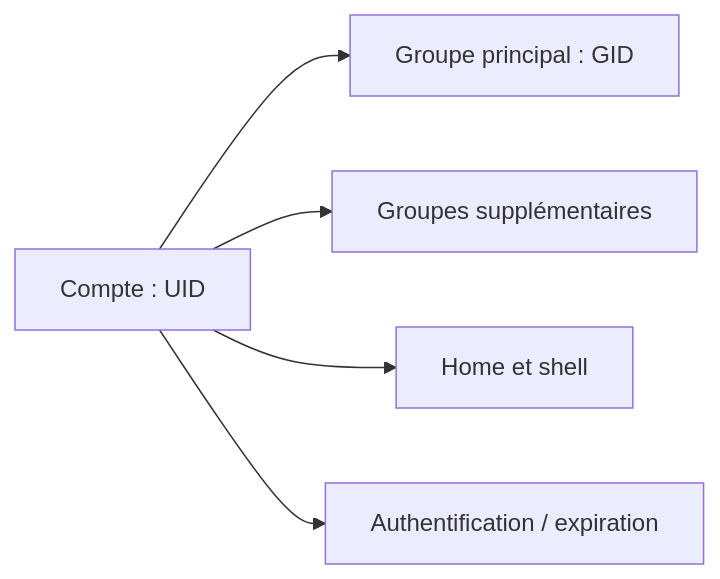
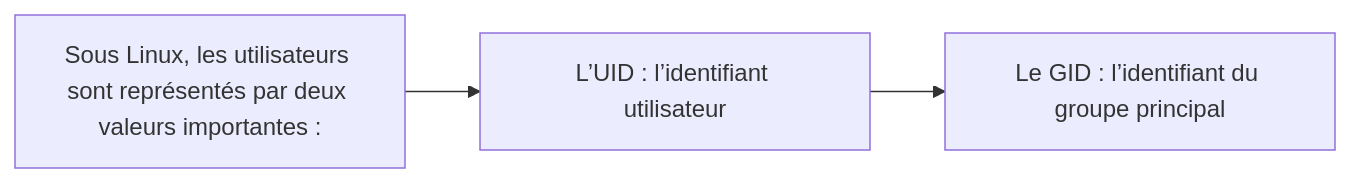
The third of 5 diagrams in docs/modules/05-administration-debian-gnu-linux/module-10-gestion-des-utilisateurs-et-groupes.md (sk34pk25/tssr-cours), drawn with Mermaid before and after one commit. The commit also changed other lines of this file and 11 other files, not shown here.

````diff
--- a/docs/modules/05-administration-debian-gnu-linux/module-10-gestion-des-utilisateurs-et-groupes.md
+++ b/docs/modules/05-administration-debian-gnu-linux/module-10-gestion-des-utilisateurs-et-groupes.md
@@ -122,7 +138,8 @@
 ```mermaid
 flowchart LR
- U["Compte : UID"] --> P["Groupe principal : GID"]
- U --> S["Groupes supplémentaires"]
- U --> H["Home et shell"]
- U --> A["Authentification / expiration"]
+    N1["Sous Linux, les utilisateurs sont représentés par deux valeurs importantes :"]
+    N2["L’UID : l’identifiant utilisateur"]
+    N3["Le GID : l’identifiant du groupe principal"]
+    N1 --> N2
+    N2 --> N3
 ```
````
